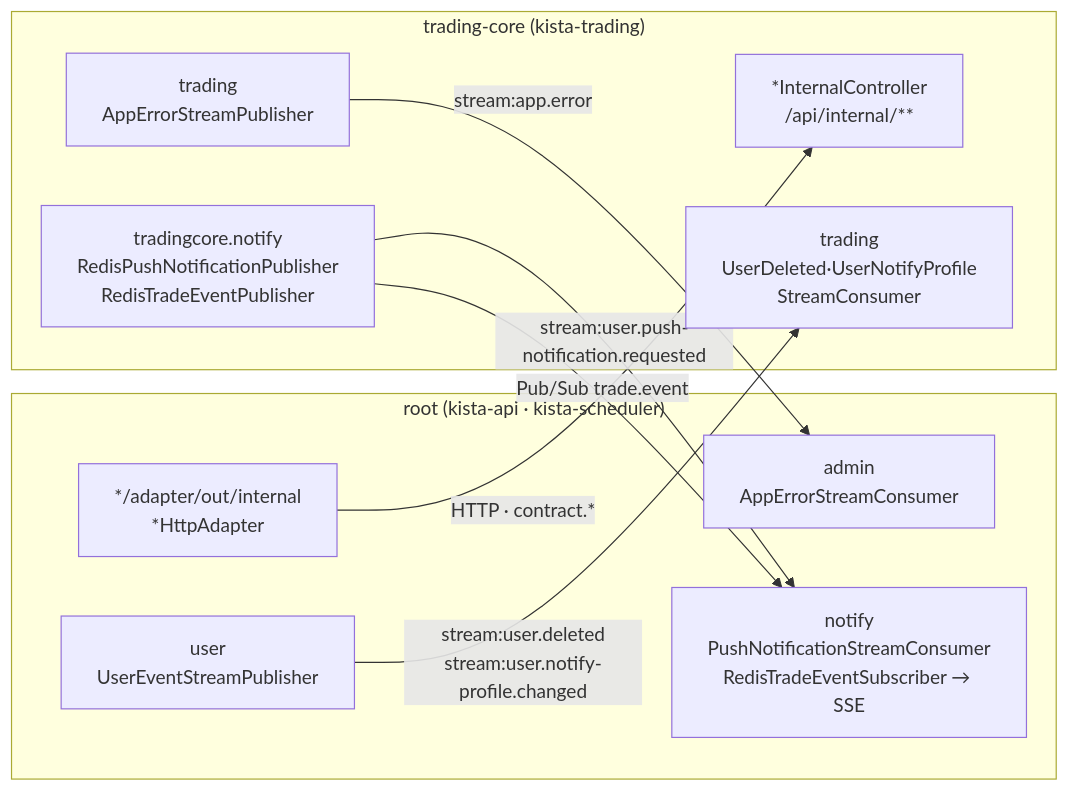
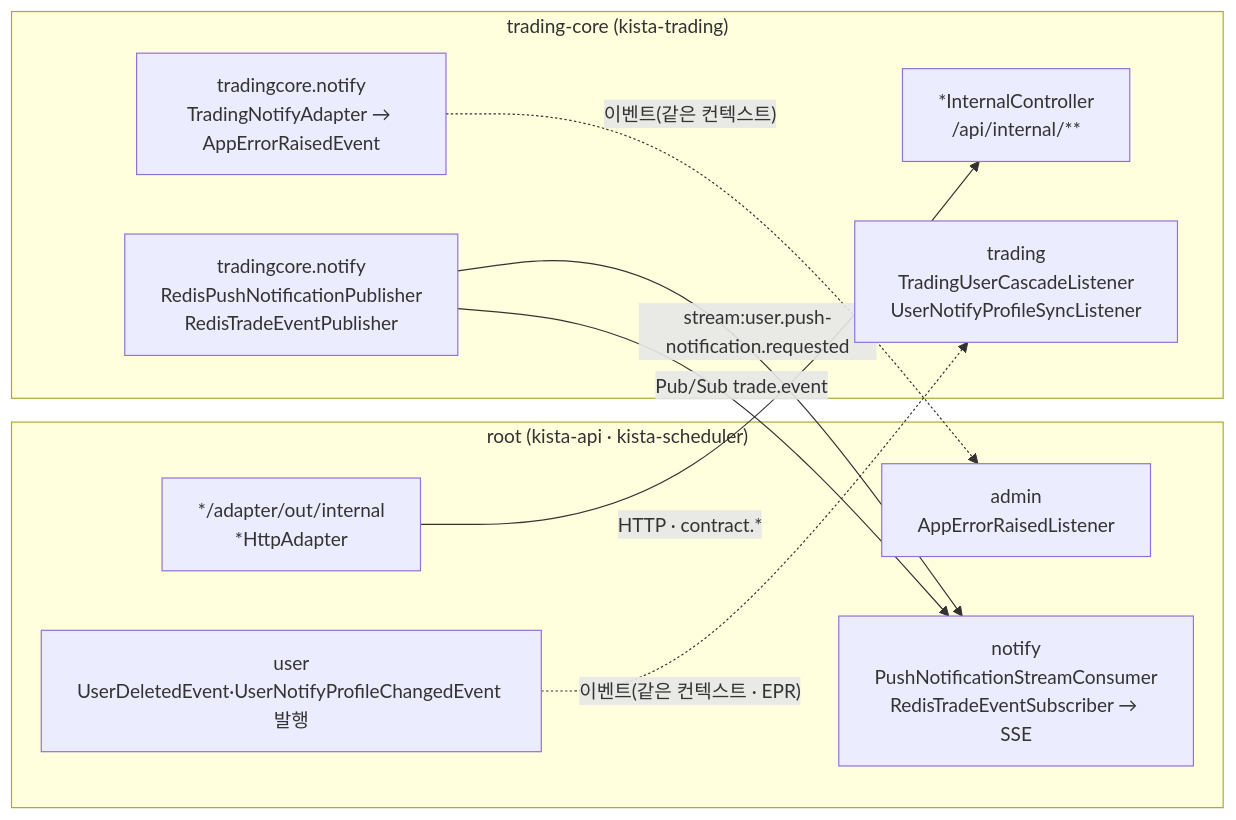
One commit to narafu/kista-api changed the fifth of 5 diagrams in docs/architecture-map.md. Above: the diagram before and after it, drawn with Mermaid. The commit also changed other lines of this file and 75 other files, not shown here.

First line of the commit message:
refactor(app): trading-core를 한 애플리케이션으로 합치고 프로세스 경계용 스트림 경로를 지운다 (05 M)

````diff
--- a/docs/architecture-map.md
+++ b/docs/architecture-map.md
@@ -192,22 +192,22 @@
 ```mermaid
 flowchart LR
     subgraph root["root (kista-api · kista-scheduler)"]
         rOut["*/adapter/out/internal<br/>*HttpAdapter"]
-        rUser["user<br/>UserEventStreamPublisher"]
-        rAdmin["admin<br/>AppErrorStreamConsumer"]
+        rUser["user<br/>UserDeletedEvent·UserNotifyProfileChangedEvent 발행"]
+        rAdmin["admin<br/>AppErrorRaisedListener"]
         rNotify["notify<br/>PushNotificationStreamConsumer<br/>RedisTradeEventSubscriber → SSE"]
     end
 
     subgraph tc["trading-core (kista-trading)"]
         tIn["*InternalController<br/>/api/internal/**"]
-        tUser["trading<br/>UserDeleted·UserNotifyProfile<br/>StreamConsumer"]
-        tErr["trading<br/>AppErrorStreamPublisher"]
+        tUser["trading<br/>TradingUserCascadeListener<br/>UserNotifyProfileSyncListener"]
+        tErr["tradingcore.notify<br/>TradingNotifyAdapter → AppErrorRaisedEvent"]
         tNotify["tradingcore.notify<br/>RedisPushNotificationPublisher<br/>RedisTradeEventPublisher"]
     end
 
     rOut -->|"HTTP · contract.*"| tIn
-    rUser -->|"stream:user.deleted<br/>stream:user.notify-profile.changed"| tUser
-    tErr -->|"stream:app.error"| rAdmin
+    rUser -.->|"이벤트(같은 컨텍스트 · EPR)"| tUser
+    tErr -.->|"이벤트(같은 컨텍스트)"| rAdmin
     tNotify -->|"stream:user.push-notification.requested"| rNotify
     tNotify -->|"Pub/Sub trade.event"| rNotify
 ```
````
